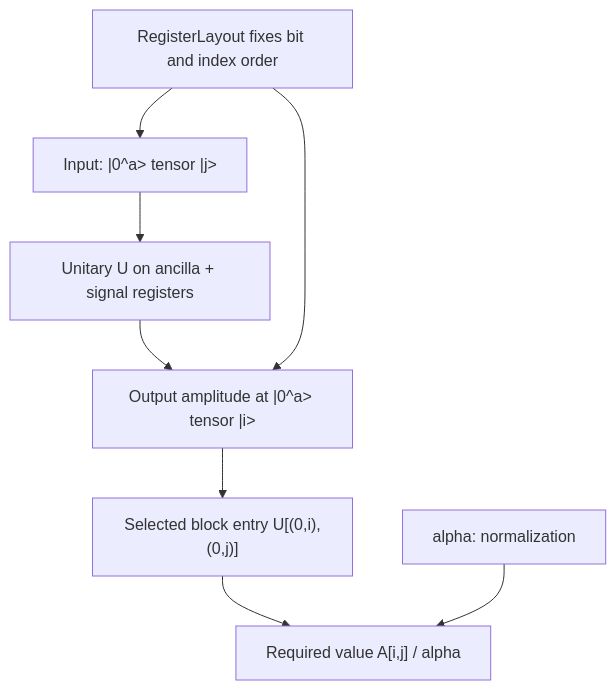
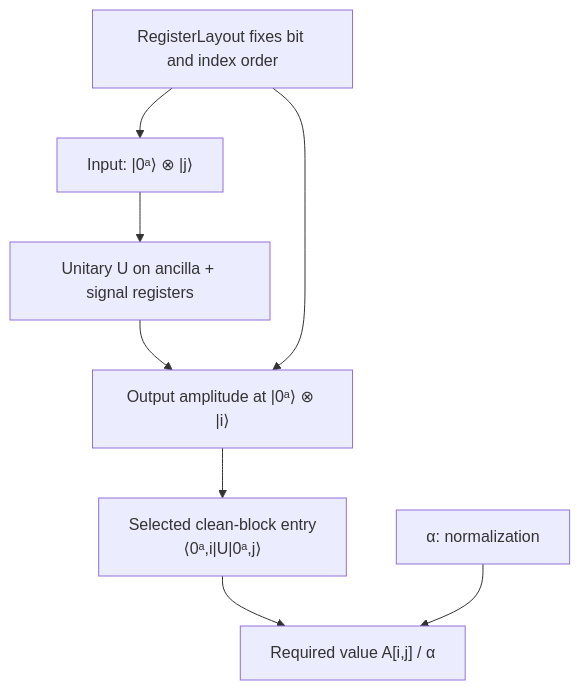
One commit to DakeBU/Quantum-Computing-Block-Encoding changed the diagram in website/diagrams/register-projection.mmd. Above: the diagram before and after it, drawn with Mermaid. The commit also changed other lines of this file, not shown here.

Commit message:
docs: fix register-projection diagram mathematics

```diff
--- a/website/diagrams/register-projection.mmd
+++ b/website/diagrams/register-projection.mmd
@@ -1,9 +1,9 @@
 flowchart TB
   U["Unitary U on ancilla + signal registers"]
-  I["Input: |0^a> tensor |j>"] --> U
-  U --> O["Output amplitude at |0^a> tensor |i>"]
-  O --> B["Selected block entry U[(0,i),(0,j)]"]
-  B --> S["Required value A[i,j] / alpha"]
-  N["alpha: normalization"] --> S
+  I["Input: |0ᵃ⟩ ⊗ |j⟩"] --> U
+  U --> O["Output amplitude at |0ᵃ⟩ ⊗ |i⟩"]
+  O --> B["Selected clean-block entry<br/>⟨0ᵃ,i|U|0ᵃ,j⟩"]
+  B --> S["Required value A[i,j] / α"]
+  N["α: normalization"] --> S
   R["RegisterLayout fixes bit and index order"] --> I
   R --> O
```
